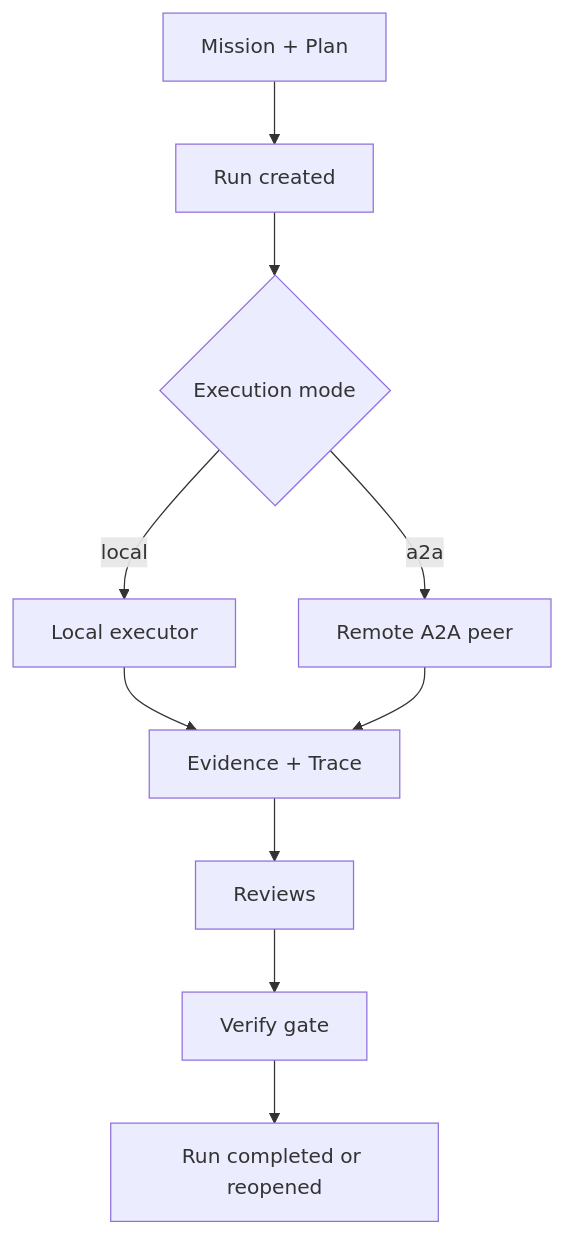
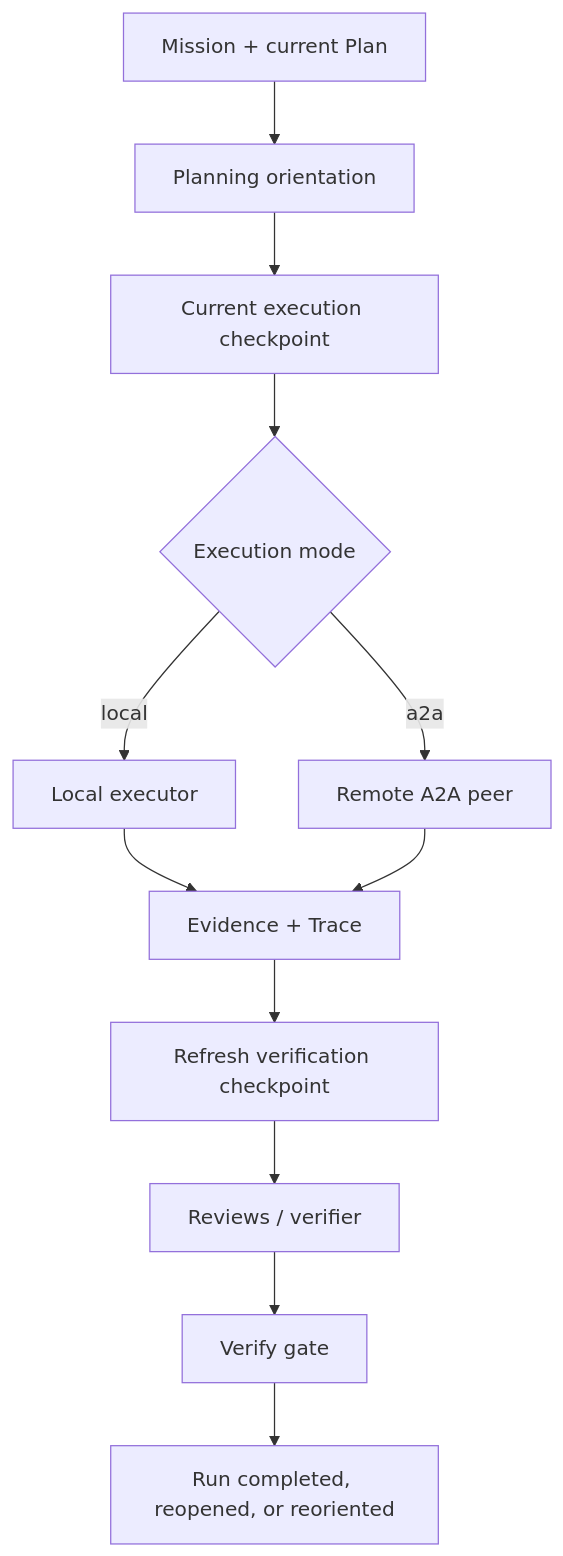
The second of 2 diagrams in docs/architecture.md (instagrim-dev/roir), drawn with Mermaid before and after one commit. The commit also changed other lines of this file and 24 other files, not shown here.

````diff
--- a/docs/architecture.md
+++ b/docs/architecture.md
@@ -42,12 +47,14 @@
 ```mermaid
 flowchart TD
-  A["Mission + Plan"] --> B["Run created"]
-  B --> C{"Execution mode"}
-  C -->|local| D["Local executor"]
-  C -->|a2a| E["Remote A2A peer"]
-  D --> F["Evidence + Trace"]
-  E --> F
-  F --> G["Reviews"]
-  G --> H["Verify gate"]
-  H --> I["Run completed or reopened"]
+  A["Mission + current Plan"] --> B["Planning orientation"]
+  B --> C["Current execution checkpoint"]
+  C --> D{"Execution mode"}
+  D -->|local| E["Local executor"]
+  D -->|a2a| F["Remote A2A peer"]
+  E --> G["Evidence + Trace"]
+  F --> G
+  G --> H["Refresh verification checkpoint"]
+  H --> I["Reviews / verifier"]
+  I --> J["Verify gate"]
+  J --> K["Run completed, reopened, or reoriented"]
 ```
````
